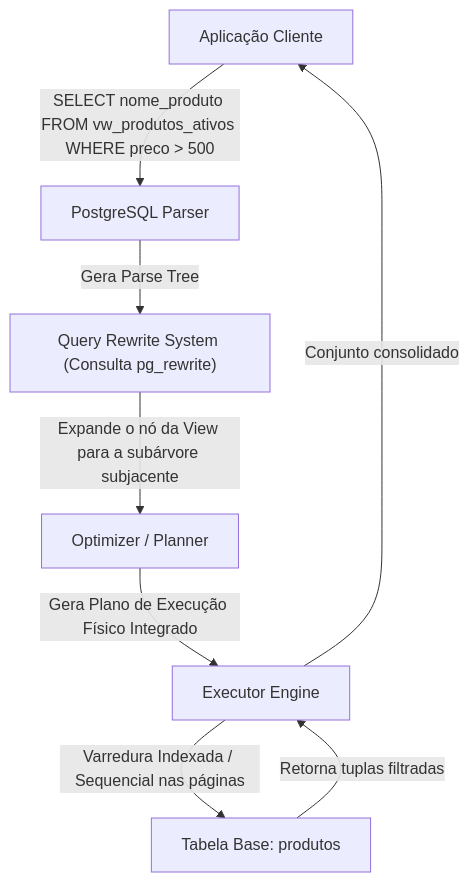
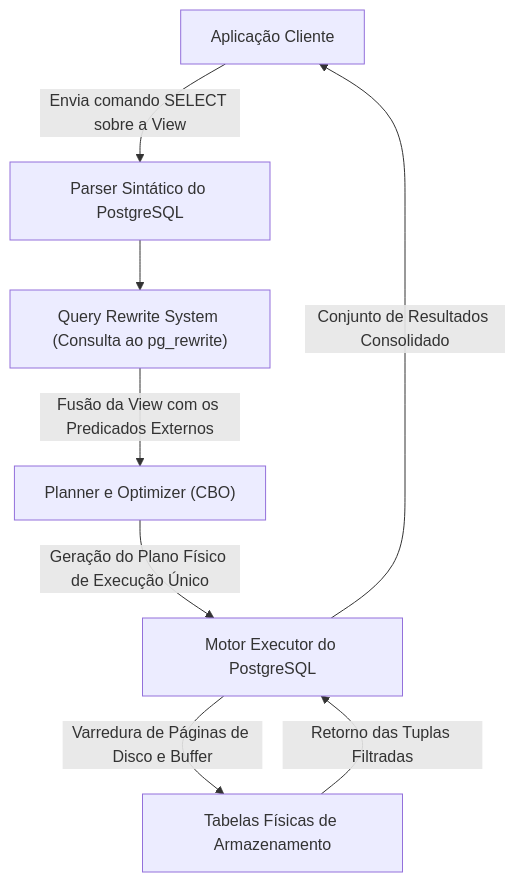
Before and after one commit to murilolol/unifef: the first of 11 diagrams in 4º Semestre/[Prof. Welington Garcia] Tópicos Avançados em Banco de Dados/Resumos-IA/Simulados-Comentados.md, drawn with Mermaid. The commit also changed other lines of this file and 58 other files, not shown here.

````diff
--- a/4º Semestre/[Prof. Welington Garcia] Tópicos Avançados em Banco de Dados/Resumos-IA/Simulados-Comentados.md
+++ b/4º Semestre/[Prof. Welington Garcia] Tópicos Avançados em Banco de Dados/Resumos-IA/Simulados-Comentados.md
@@ -93,10 +105,10 @@
 ```mermaid
 flowchart TD
-  Cli["Aplicação Cliente"] -->|"SELECT nome_produto FROM vw_produtos_ativos WHERE preco > 500"| Parser["PostgreSQL Parser"]
-  Parser -->|"Gera Parse Tree"| Rewrite["Query Rewrite System (Consulta pg_rewrite)"]
-  Rewrite -->|"Expande o nó da View para a subárvore subjacente"| Planner["Optimizer / Planner"]
-  Planner -->|"Gera Plano de Execução Físico Integrado"| Executor["Executor Engine"]
-  Executor -->|"Varredura Indexada / Sequencial nas páginas"| Heap["Tabela Base: produtos"]
-  Heap -->|"Retorna tuplas filtradas"| Executor
-  Executor -->|"Conjunto consolidado"| Cli
+    Cli["Aplicação Cliente"] -->|"Envia comando SELECT sobre a View"| Pars["Parser Sintático do PostgreSQL"]
+    Pars --> Rewr["Query Rewrite System (Consulta ao pg_rewrite)"]
+    Rewr -->|"Fusão da View com os Predicados Externos"| Opt["Planner e Optimizer (CBO)"]
+    Opt -->|"Geração do Plano Físico de Execução Único"| Exec["Motor Executor do PostgreSQL"]
+    Exec -->|"Varredura de Páginas de Disco e Buffer"| Heap["Tabelas Físicas de Armazenamento"]
+    Heap -->|"Retorno das Tuplas Filtradas"| Exec
+    Exec -->|"Conjunto de Resultados Consolidado"| Cli
 ```
````
